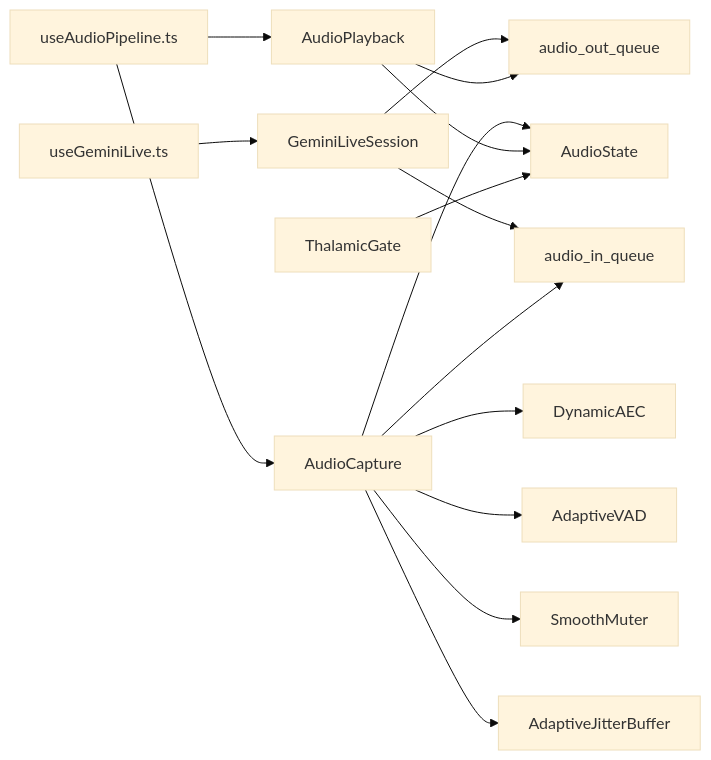
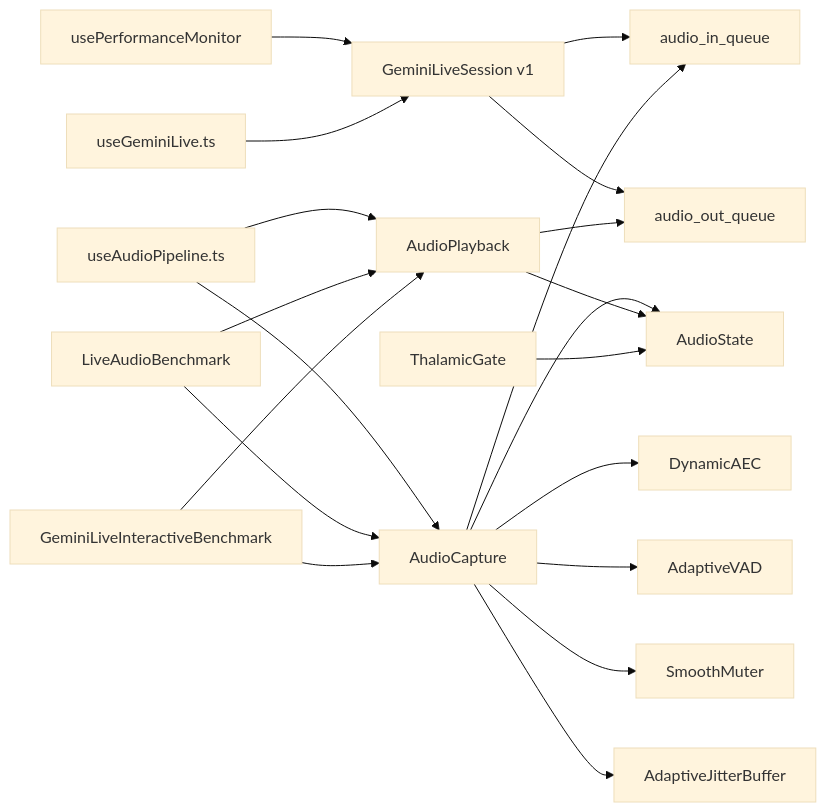
One commit to Moeabdelaziz007/Aether-Voice-OS changed diagram 12 of 12 in .qoder/repowiki/en/content/AI Integration Layer/Gemini Live API Integration/Audio Processing Integration.md. Above: the diagram before and after it, drawn with Mermaid (base theme). The commit also changed other lines of this file and 10 other files, not shown here.

Commit message:
feat(audio): upgrade Gemini Live

````diff
--- a/.qoder/repowiki/en/content/AI Integration Layer/Gemini Live API Integration/Audio Processing Integration.md
+++ b/.qoder/repowiki/en/content/AI Integration Layer/Gemini Live API Integration/Audio Processing Integration.md
@@ -415,17 +525,22 @@
 ```mermaid
 graph LR
-S["GeminiLiveSession"] --> INQ["audio_in_queue"]
+S["GeminiLiveSession v1"] --> INQ["audio_in_queue"]
 S --> OUTQ["audio_out_queue"]
 CAP["AudioCapture"] --> INQ
 CAP --> AEC["DynamicAEC"]
 CAP --> VAD["AdaptiveVAD"]
 CAP --> SM["SmoothMuter"]
 CAP --> JB["AdaptiveJitterBuffer"]
 CAP --> AS["AudioState"]
 PB["AudioPlayback"] --> OUTQ
 PB --> AS
 TG["ThalamicGate"] --> AS
+PMH["usePerformanceMonitor"] --> S
 UAP["useAudioPipeline.ts"] --> PB
 UAP --> CAP
 UGL["useGeminiLive.ts"] --> S
+LAB["LiveAudioBenchmark"] --> CAP
+LAB --> PB
+GLIB["GeminiLiveInteractiveBenchmark"] --> CAP
+GLIB --> PB
 ```
````
